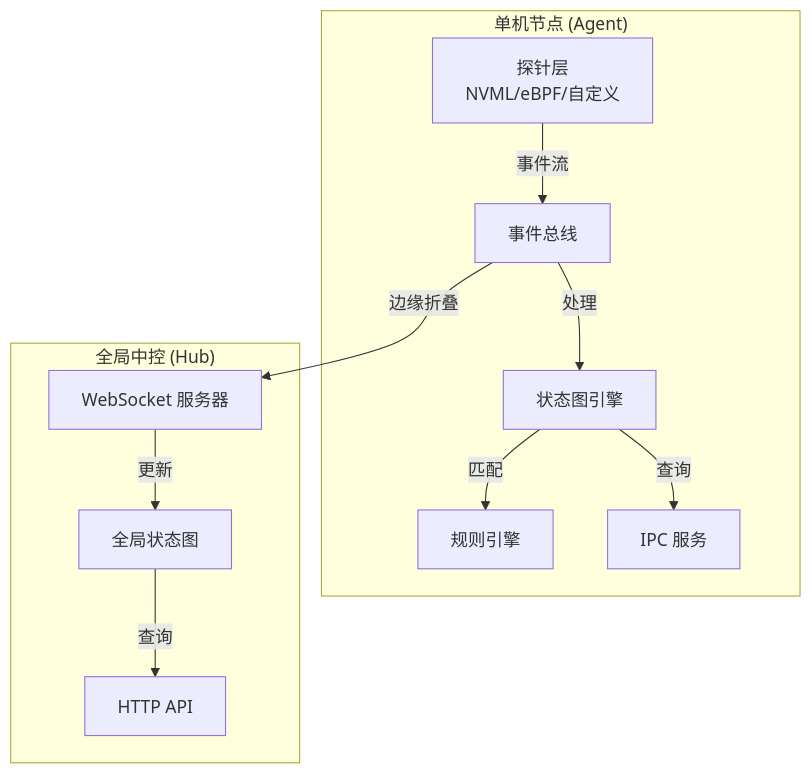
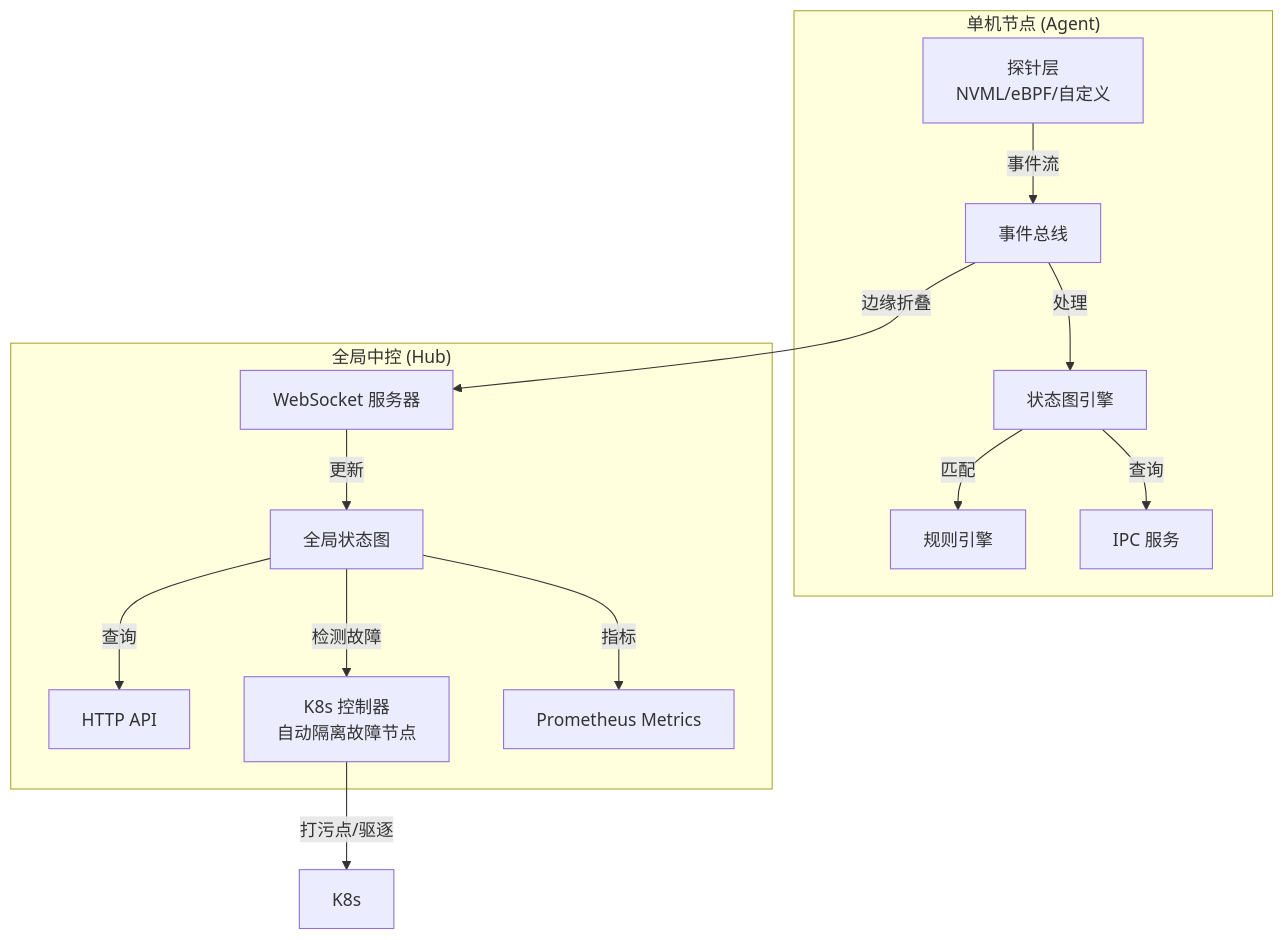
Before and after one commit to osen7/X-infra: the first of 3 diagrams in README.md, drawn with Mermaid. The commit also changed other lines of this file and 22 other files, not shown here.

````diff
--- a/README.md
+++ b/README.md
@@ -67,25 +100,30 @@
 ```mermaid
 graph TB
     subgraph "单机节点 (Agent)"
         Probe[探针层<br/>NVML/eBPF/自定义]
         EventBus[事件总线]
         StateGraph[状态图引擎]
         RuleEngine[规则引擎]
         IPC[IPC 服务]
     end
     
     subgraph "全局中控 (Hub)"
         WSServer[WebSocket 服务器]
         GlobalGraph[全局状态图]
         HTTPAPI[HTTP API]
+        K8sController[K8s 控制器<br/>自动隔离故障节点]
+        Metrics[Prometheus Metrics]
     end
     
     Probe -->|事件流| EventBus
     EventBus -->|处理| StateGraph
     StateGraph -->|匹配| RuleEngine
     StateGraph -->|查询| IPC
     
     EventBus -->|边缘折叠| WSServer
     WSServer -->|更新| GlobalGraph
     GlobalGraph -->|查询| HTTPAPI
+    GlobalGraph -->|检测故障| K8sController
+    K8sController -->|打污点/驱逐| K8s
+    GlobalGraph -->|指标| Metrics
 ```
````
